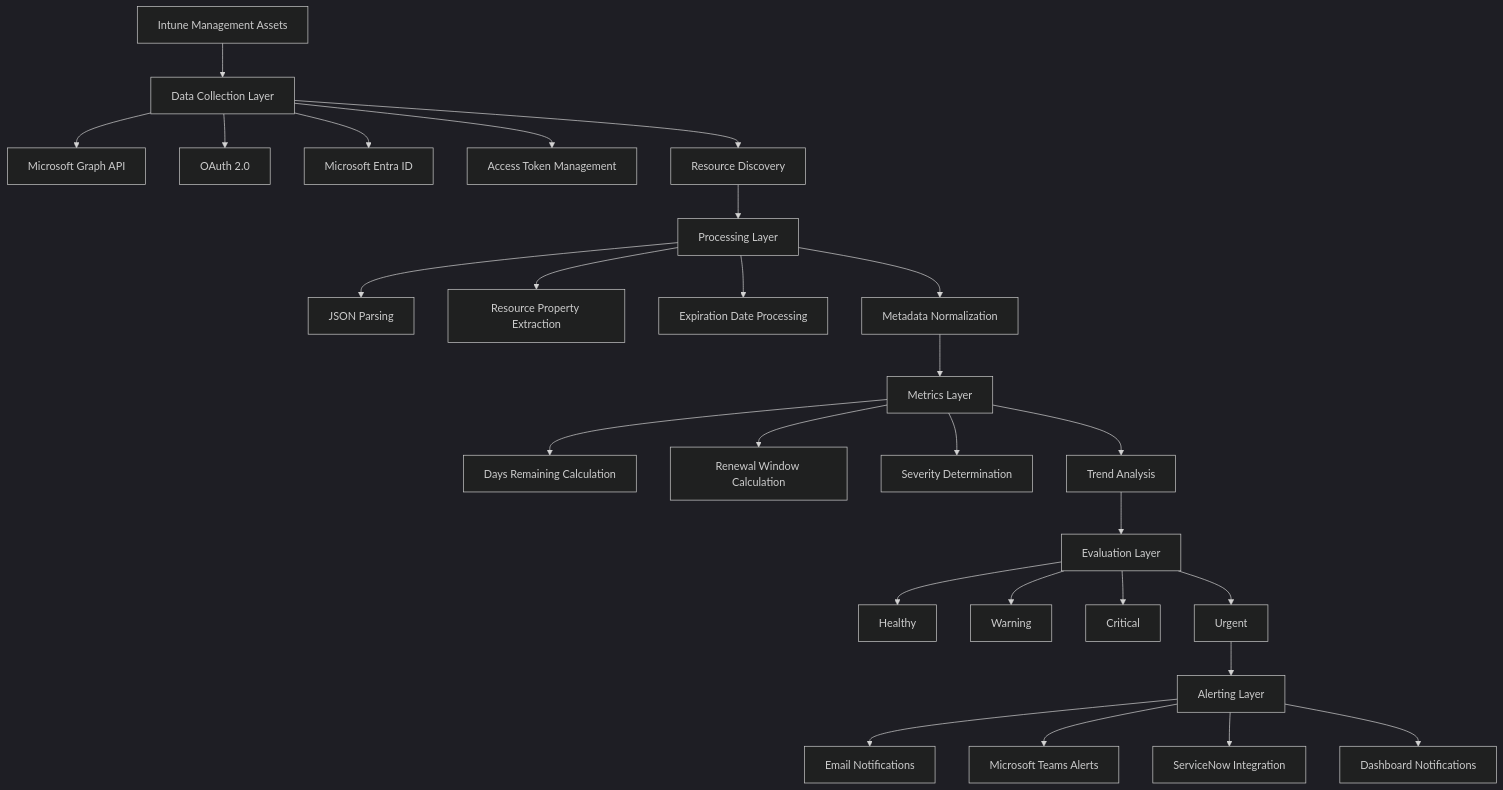
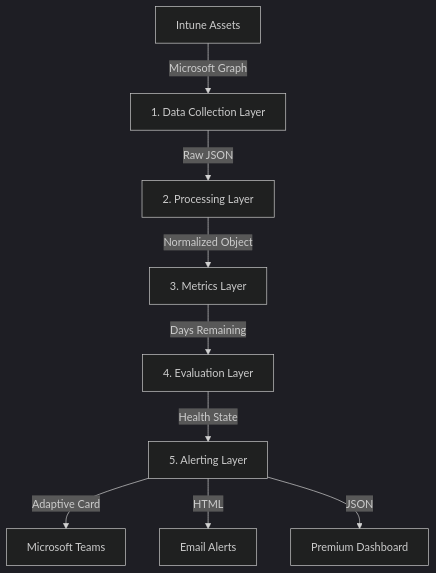
One commit to TharushaSachinthana/Intune-Expiry-Monitoring-Platform changed the diagram in README.md. Above: the diagram before and after it, drawn with Mermaid (dark theme). The commit also changed other lines of this file, not shown here.

````diff
--- a/README.md
+++ b/README.md
@@ -187,41 +32,12 @@
 ```mermaid
 flowchart TD
-
-    A[Intune Management Assets]
-
-    A --> B[Data Collection Layer]
-
-    B --> C[Microsoft Graph API]
-    B --> D[OAuth 2.0]
-    B --> E[Microsoft Entra ID]
-    B --> F[Access Token Management]
-    B --> G[Resource Discovery]
-
-    G --> H[Processing Layer]
-
-    H --> I[JSON Parsing]
-    H --> J[Resource Property Extraction]
-    H --> K[Expiration Date Processing]
-    H --> L[Metadata Normalization]
-
-    L --> M[Metrics Layer]
-
-    M --> N[Days Remaining Calculation]
-    M --> O[Renewal Window Calculation]
-    M --> P[Severity Determination]
-    M --> Q[Trend Analysis]
-
-    Q --> R[Evaluation Layer]
-
-    R --> S[Healthy]
-    R --> T[Warning]
-    R --> U[Critical]
-    R --> V[Urgent]
-
-    V --> W[Alerting Layer]
-
-    W --> X[Email Notifications]
-    W --> Y[Microsoft Teams Alerts]
-    W --> Z[ServiceNow Integration]
-    W --> AA[Dashboard Notifications]
+    A[Intune Assets] -->|Microsoft Graph| B[1. Data Collection Layer]
+    B -->|Raw JSON| C[2. Processing Layer]
+    C -->|Normalized Object| D[3. Metrics Layer]
+    D -->|Days Remaining| E[4. Evaluation Layer]
+    E -->|Health State| F[5. Alerting Layer]
+    
+    F -->|Adaptive Card| Teams[Microsoft Teams]
+    F -->|HTML| Email[Email Alerts]
+    F -->|JSON| Dashboard[Premium Dashboard]
 ```
````
